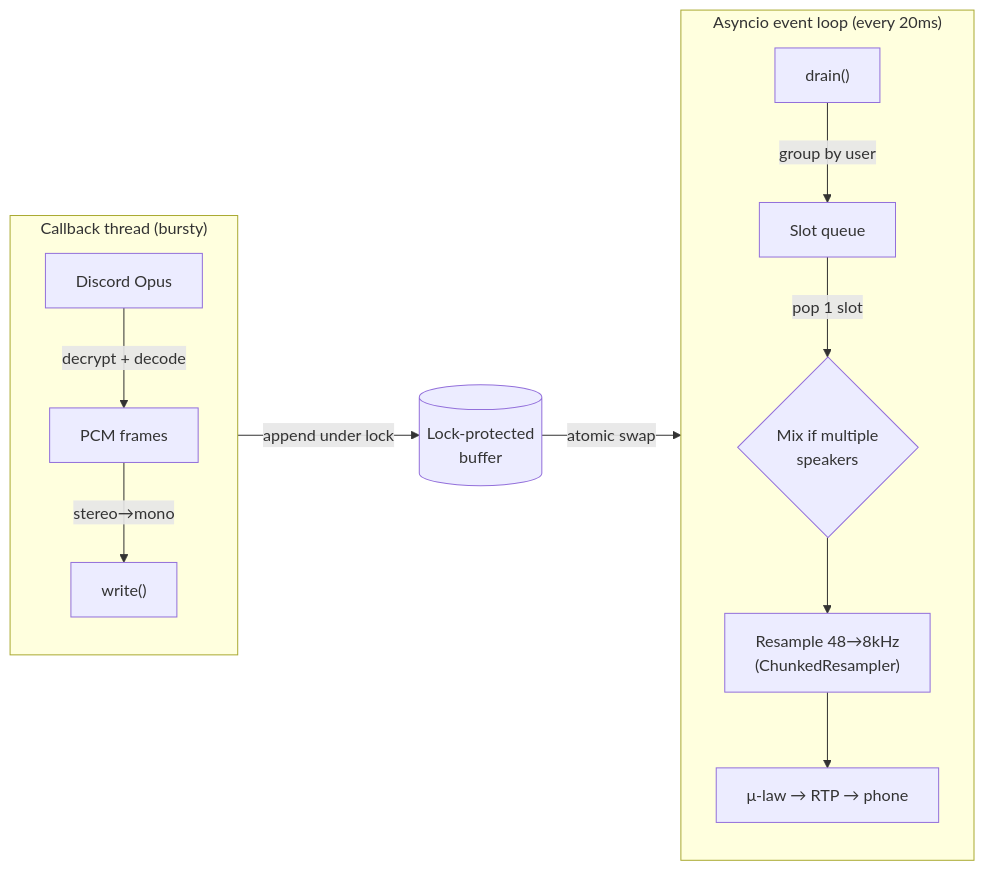
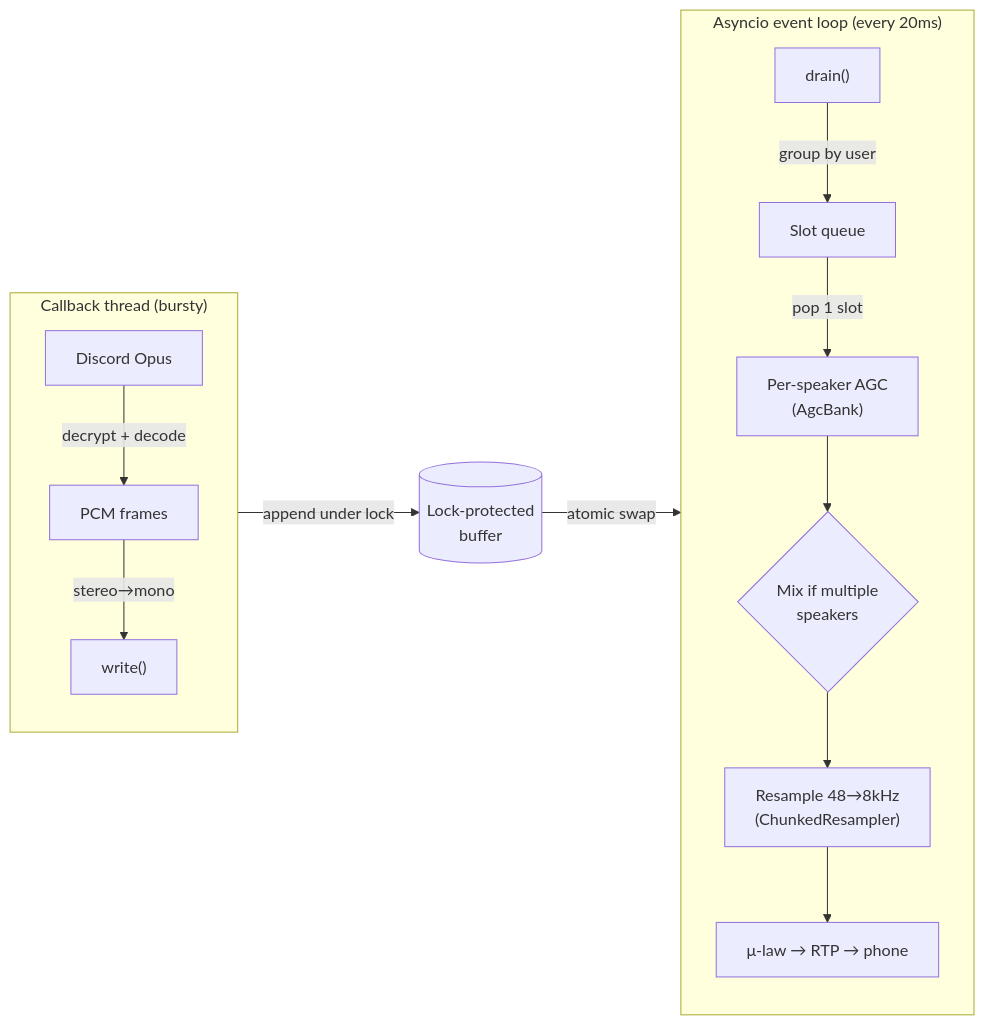
The third of 3 diagrams in DESIGN.md (frizzle-chan/frizzle-phone), drawn with Mermaid before and after one commit. The commit also changed other lines of this file and 24 other files, not shown here.

First line of the commit message:
Add per-speaker AGC to Discord-to-phone audio path (#40)

````diff
--- a/DESIGN.md
+++ b/DESIGN.md
@@ -79,19 +79,20 @@
 ```mermaid
 graph LR
     subgraph CB["Callback thread (bursty)"]
         direction TB
         OPUS[Discord Opus] -->|decrypt + decode| PCM[PCM frames]
         PCM -->|"stereo→mono"| WRITE["write()"]
     end
 
     CB -->|append under lock| BUF[("Lock-protected<br/>buffer")]
     BUF -->|atomic swap| AL
 
     subgraph AL["Asyncio event loop (every 20ms)"]
         direction TB
         DRAIN["drain()"] -->|group by user| SLOTS[Slot queue]
-        SLOTS -->|pop 1 slot| MIX{"Mix if multiple<br/>speakers"}
+        SLOTS -->|pop 1 slot| AGC["Per-speaker AGC<br/>(AgcBank)"]
+        AGC --> MIX{"Mix if multiple<br/>speakers"}
         MIX --> RS["Resample 48→8kHz<br/>(ChunkedResampler)"]
         RS --> RTP["μ-law → RTP → phone"]
     end
 ```
````
